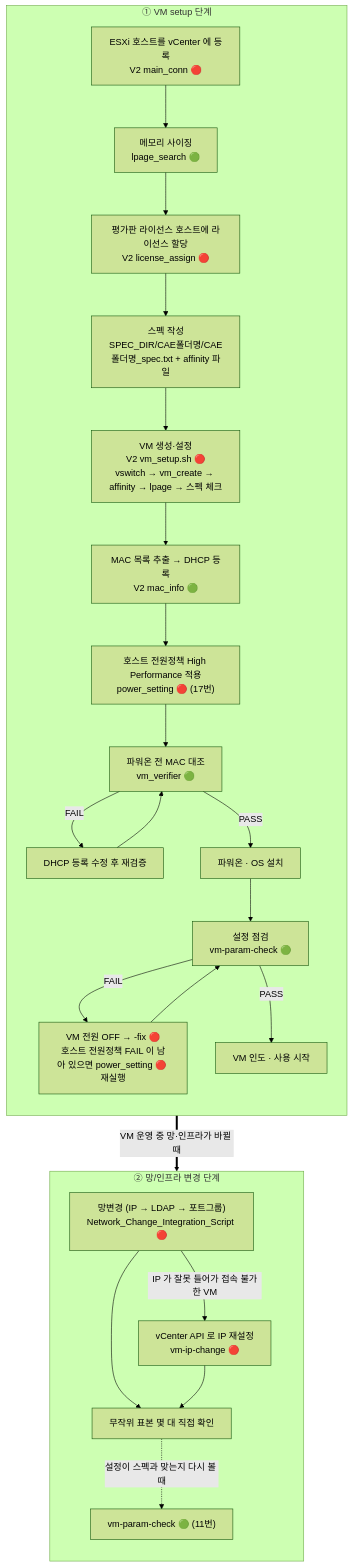
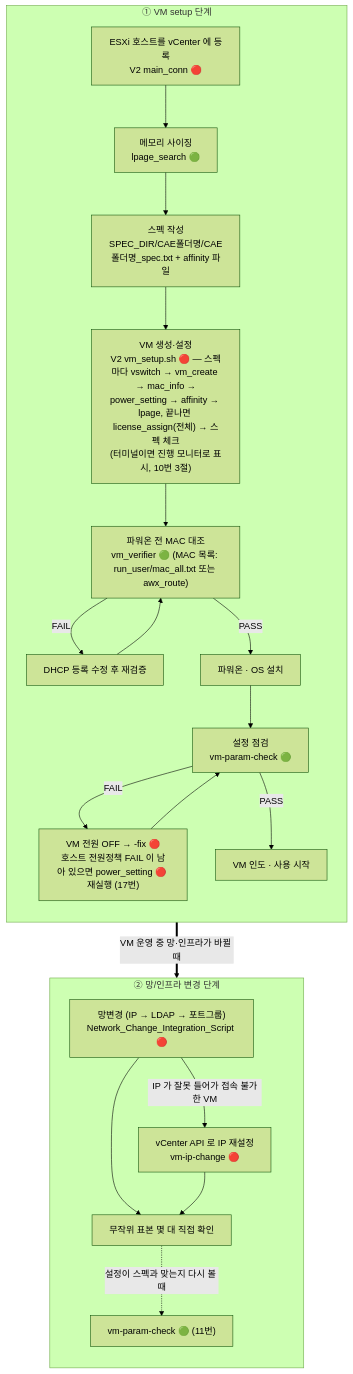
Before and after one commit to qazx2675/myrepo: the diagram in .claude/VM/인수인계/README.md, drawn with Mermaid (forest theme). The commit also changed other lines of this file and 9 other files, not shown here.

````diff
--- a/.claude/VM/인수인계/README.md
+++ b/.claude/VM/인수인계/README.md
@@ -26,33 +26,30 @@
 ```mermaid
 flowchart TD
     subgraph S1["① VM setup 단계"]
         direction TB
         A["ESXi 호스트를 vCenter 에 등록<br/>V2 main_conn 🔴"] --> B["메모리 사이징<br/>lpage_search 🟢"]
-        B --> B1["평가판 라이선스 호스트에 라이선스 할당<br/>V2 license_assign 🔴"]
-        B1 --> C["스펙 작성<br/>SPEC_DIR/CAE폴더명/CAE폴더명_spec.txt + affinity 파일"]
-        C --> D["VM 생성·설정<br/>V2 vm_setup.sh 🔴<br/>vswitch → vm_create → affinity → lpage → 스펙 체크"]
-        D --> E["MAC 목록 추출 → DHCP 등록<br/>V2 mac_info 🟢"]
-        E --> E1["호스트 전원정책 High Performance 적용<br/>power_setting 🔴 (17번)"]
-        E1 --> F["파워온 전 MAC 대조<br/>vm_verifier 🟢"]
+        B --> C["스펙 작성<br/>SPEC_DIR/CAE폴더명/CAE폴더명_spec.txt + affinity 파일"]
+        C --> D["VM 생성·설정<br/>V2 vm_setup.sh 🔴 — 스펙마다 vswitch → vm_create → mac_info →<br/>power_setting → affinity → lpage, 끝나면 license_assign(전체) → 스펙 체크<br/>(터미널이면 진행 모니터로 표시, 10번 3절)"]
+        D --> F["파워온 전 MAC 대조<br/>vm_verifier 🟢 (MAC 목록: run_user/mac_all.txt 또는 awx_route)"]
         F -- FAIL --> F1["DHCP 등록 수정 후 재검증"] --> F
         F -- PASS --> G["파워온 · OS 설치"]
         G --> H["설정 점검<br/>vm-param-check 🟢"]
-        H -- FAIL --> H1["VM 전원 OFF → -fix 🔴<br/>호스트 전원정책 FAIL 이 남아 있으면 power_setting 🔴 재실행"] --> H
+        H -- FAIL --> H1["VM 전원 OFF → -fix 🔴<br/>호스트 전원정책 FAIL 이 남아 있으면 power_setting 🔴 재실행 (17번)"] --> H
         H -- PASS --> I["VM 인도 · 사용 시작"]
     end
     subgraph S2["② 망/인프라 변경 단계"]
         direction TB
         J["망변경 (IP → LDAP → 포트그룹)<br/>Network_Change_Integration_Script 🔴"]
         J -- "IP 가 잘못 들어가 접속 불가한 VM" --> K["vCenter API 로 IP 재설정<br/>vm-ip-change 🔴"]
         J --> L["무작위 표본 몇 대 직접 확인"]
         K --> L
         L -. "설정이 스펙과 맞는지 다시 볼 때" .-> M["vm-param-check 🟢 (11번)"]
     end
     S1 ==>|"VM 운영 중 망·인프라가 바뀔 때"| S2
-    class A,D,B1,E1,H1,J,K change
-    class B,E,M cmd
+    class A,D,H1,J,K change
+    class B,M cmd
     class C input
     class F,H gate
     class F1 warn
     class I,L safe
 ```
````
